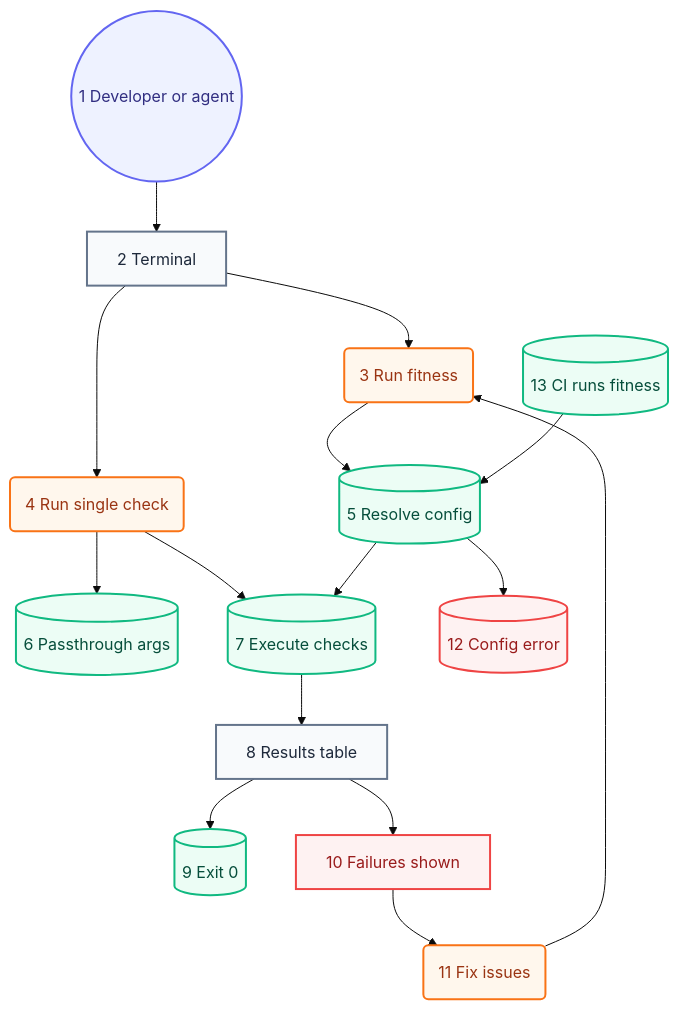
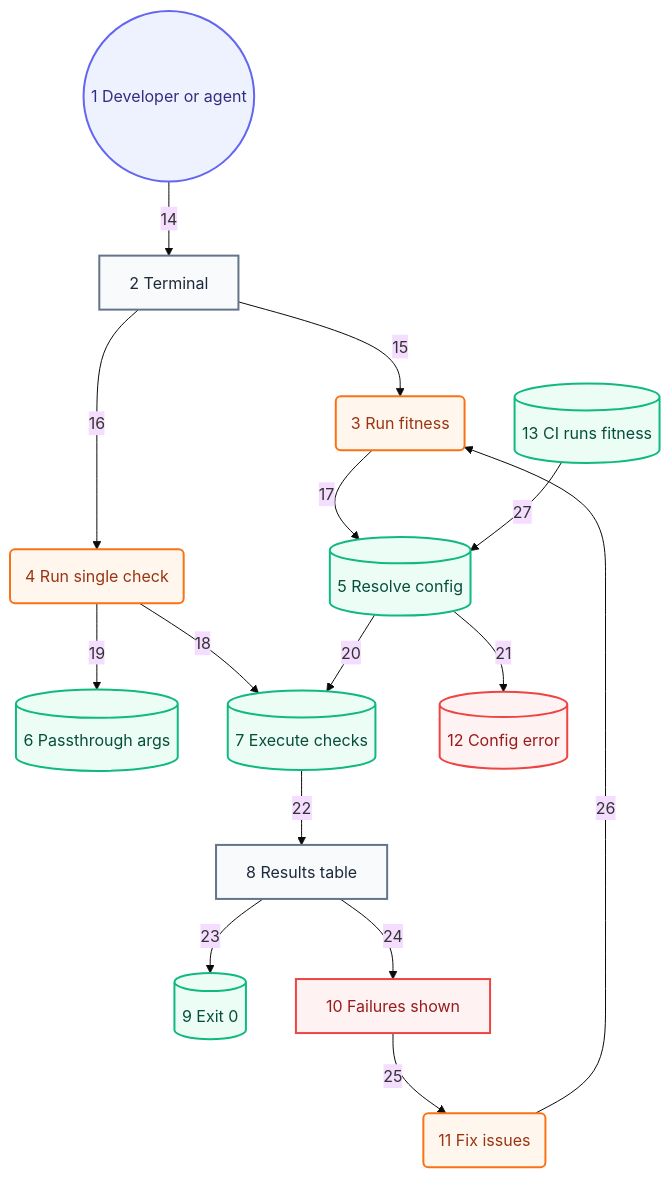
Before and after one commit to may-journal/fitness-runner: the second of 2 diagrams in docs/architecture/05-user-journey.md, drawn with Mermaid (base theme). The commit also changed other lines of this file and 26 other files, not shown here.

Commit message:
feat(architecture): validate shared contracts and evidence

````diff
--- a/docs/architecture/05-user-journey.md
+++ b/docs/architecture/05-user-journey.md
@@ -37,37 +38,37 @@
 ```mermaid
 flowchart TB
     dev((1 Developer or agent)):::persona
     terminal[2 Terminal]:::screen
     runFull(3 Run fitness):::action
     runSingle(4 Run single check):::action
     resolveConfig[(5 Resolve config)]:::system
     passArgs[(6 Passthrough args)]:::system
     executeChecks[(7 Execute checks)]:::system
     resultsTable[8 Results table]:::screen
     exitZero[(9 Exit 0)]:::system
     failuresShown[10 Failures shown]:::blocked
     fixIssues(11 Fix issues):::action
     configError[(12 Config error)]:::blocked
     ciRun[(13 CI runs fitness)]:::system
 
-    dev --> terminal
-    terminal --> runFull
-    terminal --> runSingle
-    runFull --> resolveConfig
-    runSingle --> executeChecks
-    runSingle --> passArgs
-    resolveConfig --> executeChecks
-    resolveConfig --> configError
-    executeChecks --> resultsTable
-    resultsTable --> exitZero
-    resultsTable --> failuresShown
-    failuresShown --> fixIssues
-    fixIssues --> runFull
-    ciRun --> resolveConfig
+    dev -->|14| terminal
+    terminal -->|15| runFull
+    terminal -->|16| runSingle
+    runFull -->|17| resolveConfig
+    runSingle -->|18| executeChecks
+    runSingle -->|19| passArgs
+    resolveConfig -->|20| executeChecks
+    resolveConfig -->|21| configError
+    executeChecks -->|22| resultsTable
+    resultsTable -->|23| exitZero
+    resultsTable -->|24| failuresShown
+    failuresShown -->|25| fixIssues
+    fixIssues -->|26| runFull
+    ciRun -->|27| resolveConfig
 
     classDef persona fill:#eef2ff,stroke:#6366f1,color:#312e81,stroke-width:2px
     classDef screen fill:#f8fafc,stroke:#64748b,color:#1e293b,stroke-width:2px
     classDef action fill:#fff7ed,stroke:#f97316,color:#9a3412,stroke-width:2px
     classDef system fill:#ecfdf5,stroke:#10b981,color:#064e3b,stroke-width:2px
     classDef blocked fill:#fef2f2,stroke:#ef4444,color:#991b1b,stroke-width:2px
 ```
````
